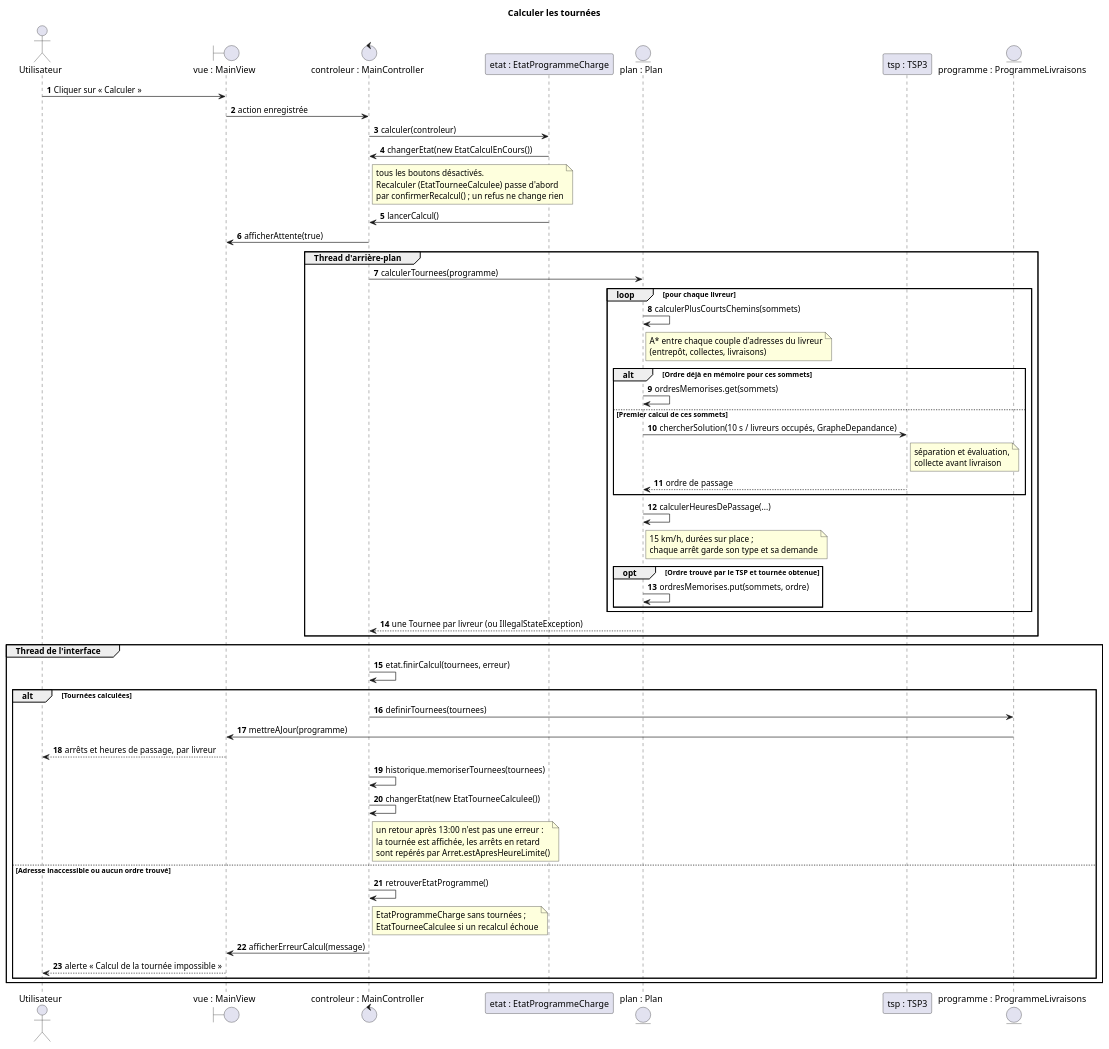
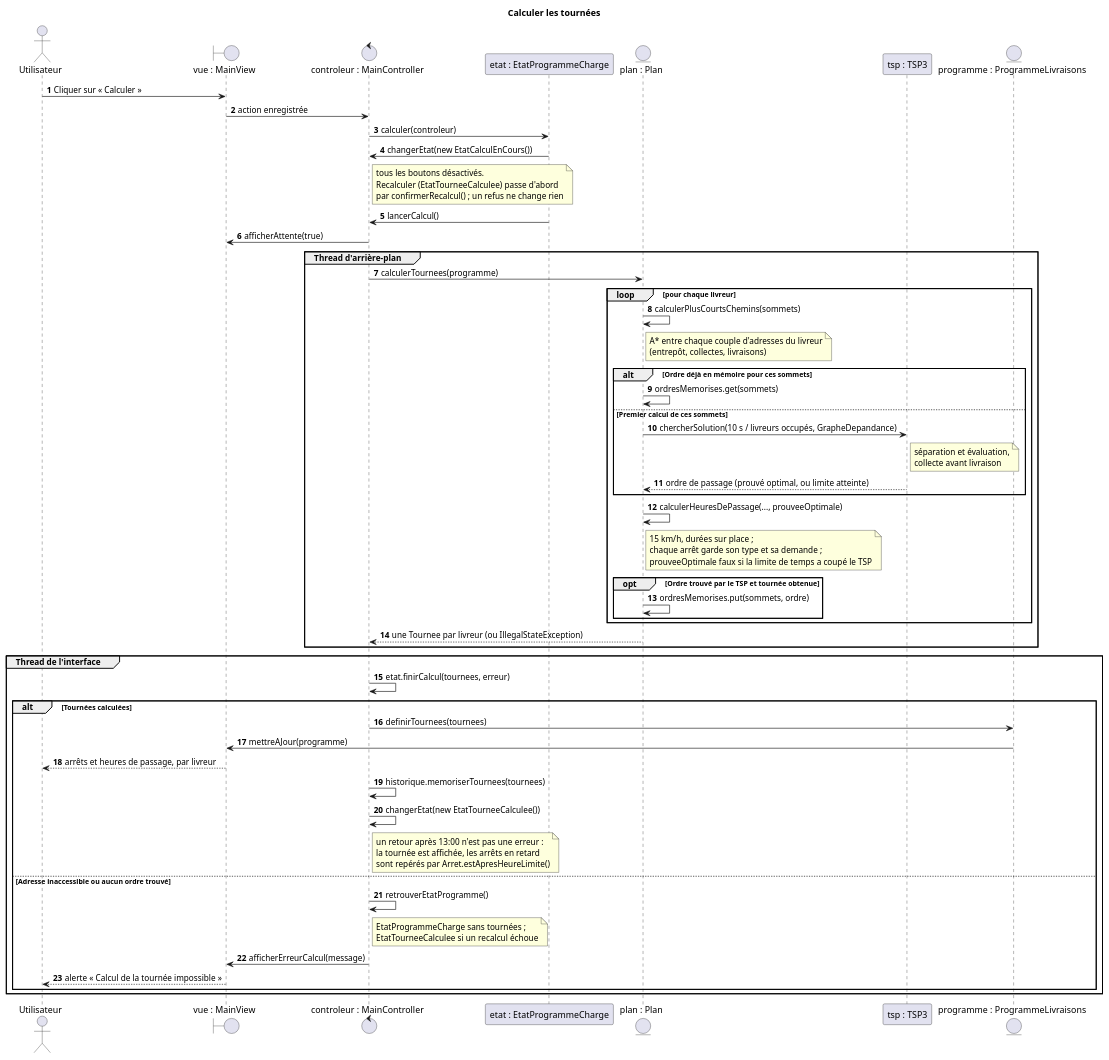
The diagram in docs/diagrams/sequence-calcul-tournee.puml (tristanhp/Optimod-Lyon), drawn with PlantUML before and after one commit. The commit also changed 18 other files, not shown here.

Commit message:
feat: afficher « solution non prouvée optimale » quand la limite de 10 s est atteinte (TIG-104) (#55)

```diff
--- a/docs/diagrams/sequence-calcul-tournee.puml
+++ b/docs/diagrams/sequence-calcul-tournee.puml
@@ -1,54 +1,54 @@
 @startuml sequence-calcul-tournee
 title Calculer les tournées
 autonumber
 actor Utilisateur as U
 boundary "vue : MainView" as V
 control "controleur : MainController" as C
 participant "etat : EtatProgrammeCharge" as E
 entity "plan : Plan" as P
 participant "tsp : TSP3" as T
 entity "programme : ProgrammeLivraisons" as L
 U -> V : Cliquer sur « Calculer »
 V -> C : action enregistrée
 C -> E : calculer(controleur)
 E -> C : changerEtat(new EtatCalculEnCours())
 note right of C : tous les boutons désactivés.\nRecalculer (EtatTourneeCalculee) passe d'abord\npar confirmerRecalcul() ; un refus ne change rien
 E -> C : lancerCalcul()
 C -> V : afficherAttente(true)
 group Thread d'arrière-plan
   C -> P : calculerTournees(programme)
   loop pour chaque livreur
     P -> P : calculerPlusCourtsChemins(sommets)
     note right of P : A* entre chaque couple d'adresses du livreur\n(entrepôt, collectes, livraisons)
     alt Ordre déjà en mémoire pour ces sommets
       P -> P : ordresMemorises.get(sommets)
     else Premier calcul de ces sommets
       P -> T : chercherSolution(10 s / livreurs occupés, GrapheDepandance)
       note right of T : séparation et évaluation,\ncollecte avant livraison
-      T --> P : ordre de passage
+      T --> P : ordre de passage (prouvé optimal, ou limite atteinte)
     end
-    P -> P : calculerHeuresDePassage(...)
-    note right of P : 15 km/h, durées sur place ;\nchaque arrêt garde son type et sa demande
+    P -> P : calculerHeuresDePassage(..., prouveeOptimale)
+    note right of P : 15 km/h, durées sur place ;\nchaque arrêt garde son type et sa demande ;\nprouveeOptimale faux si la limite de temps a coupé le TSP
     opt Ordre trouvé par le TSP et tournée obtenue
       P -> P : ordresMemorises.put(sommets, ordre)
     end
   end
   P --> C : une Tournee par livreur (ou IllegalStateException)
 end
 group Thread de l'interface
   C -> C : etat.finirCalcul(tournees, erreur)
   alt Tournées calculées
     C -> L : definirTournees(tournees)
     L -> V : mettreAJour(programme)
     V --> U : arrêts et heures de passage, par livreur
     C -> C : historique.memoriserTournees(tournees)
     C -> C : changerEtat(new EtatTourneeCalculee())
     note right of C : un retour après 13:00 n'est pas une erreur :\nla tournée est affichée, les arrêts en retard\nsont repérés par Arret.estApresHeureLimite()
   else Adresse inaccessible ou aucun ordre trouvé
     C -> C : retrouverEtatProgramme()
     note right of C : EtatProgrammeCharge sans tournées ;\nEtatTourneeCalculee si un recalcul échoue
     C -> V : afficherErreurCalcul(message)
     V --> U : alerte « Calcul de la tournée impossible »
   end
 end
 @enduml
```
